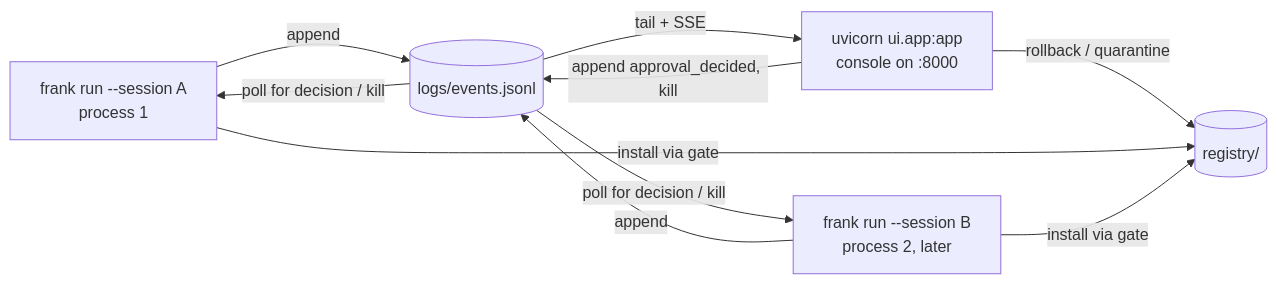
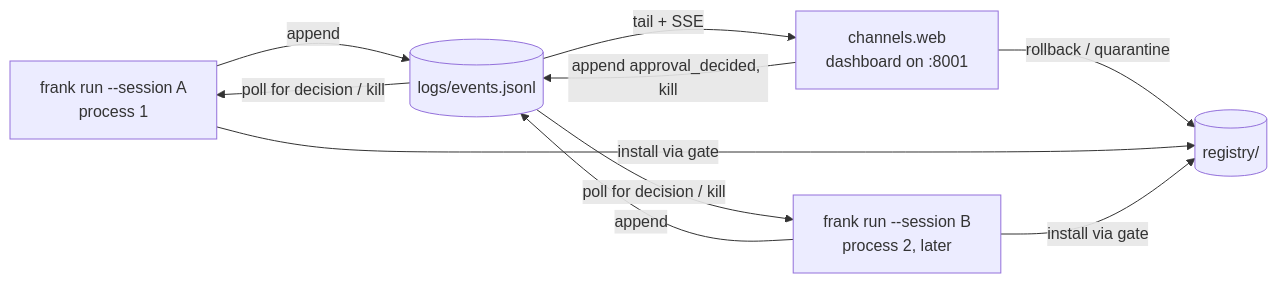
One commit to mikeholiday-dev/vwd_frankenstein changed the fourth of 4 diagrams in docs/ARCHITECTURE.md. Above: the diagram before and after it, drawn with Mermaid. The commit also changed other lines of this file and 21 other files, not shown here.

First line of the commit message:
Merge the operator console into the dashboard and drop ui/

````diff
--- a/docs/ARCHITECTURE.md
+++ b/docs/ARCHITECTURE.md
@@ -184,10 +184,10 @@
 ```mermaid
 flowchart LR
     a["frank run --session A<br/>process 1"] -- append --> log[("logs/events.jsonl")]
     b["frank run --session B<br/>process 2, later"] -- append --> log
-    log -- "tail + SSE" --> ui["uvicorn ui.app:app<br/>console on :8000"]
+    log -- "tail + SSE" --> ui["channels.web<br/>dashboard on :8001"]
     ui -- "append approval_decided, kill" --> log
     log -- "poll for decision / kill" --> a & b
     ui -- "rollback / quarantine" --> reg[("registry/")]
     a & b -- "install via gate" --> reg
 ```
````
